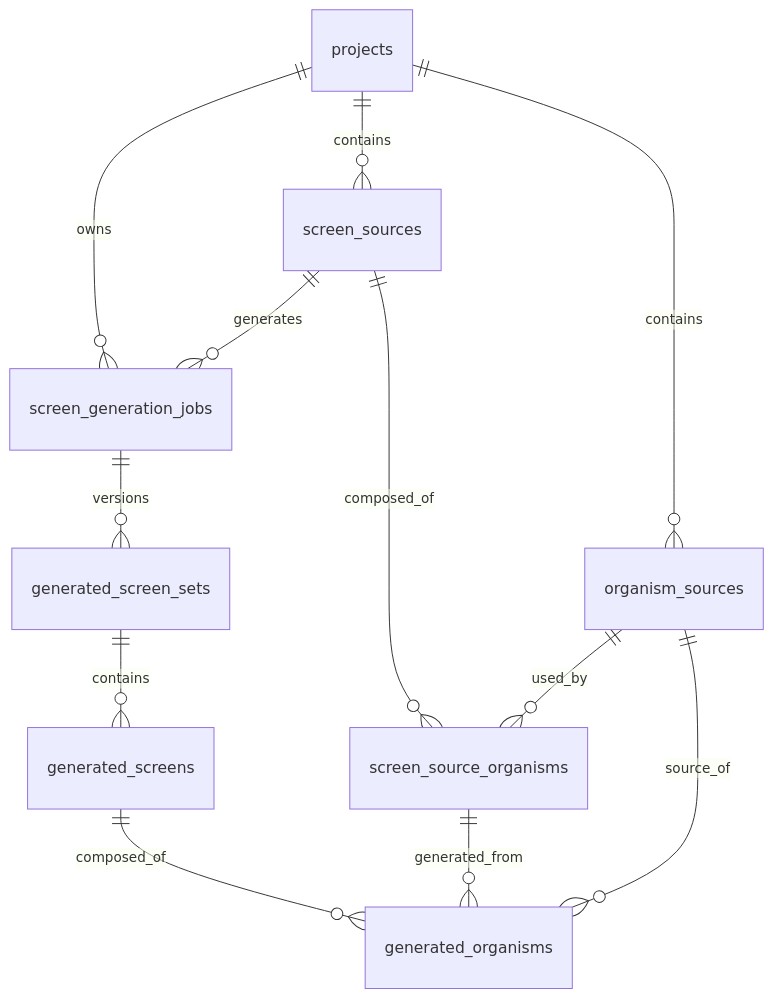
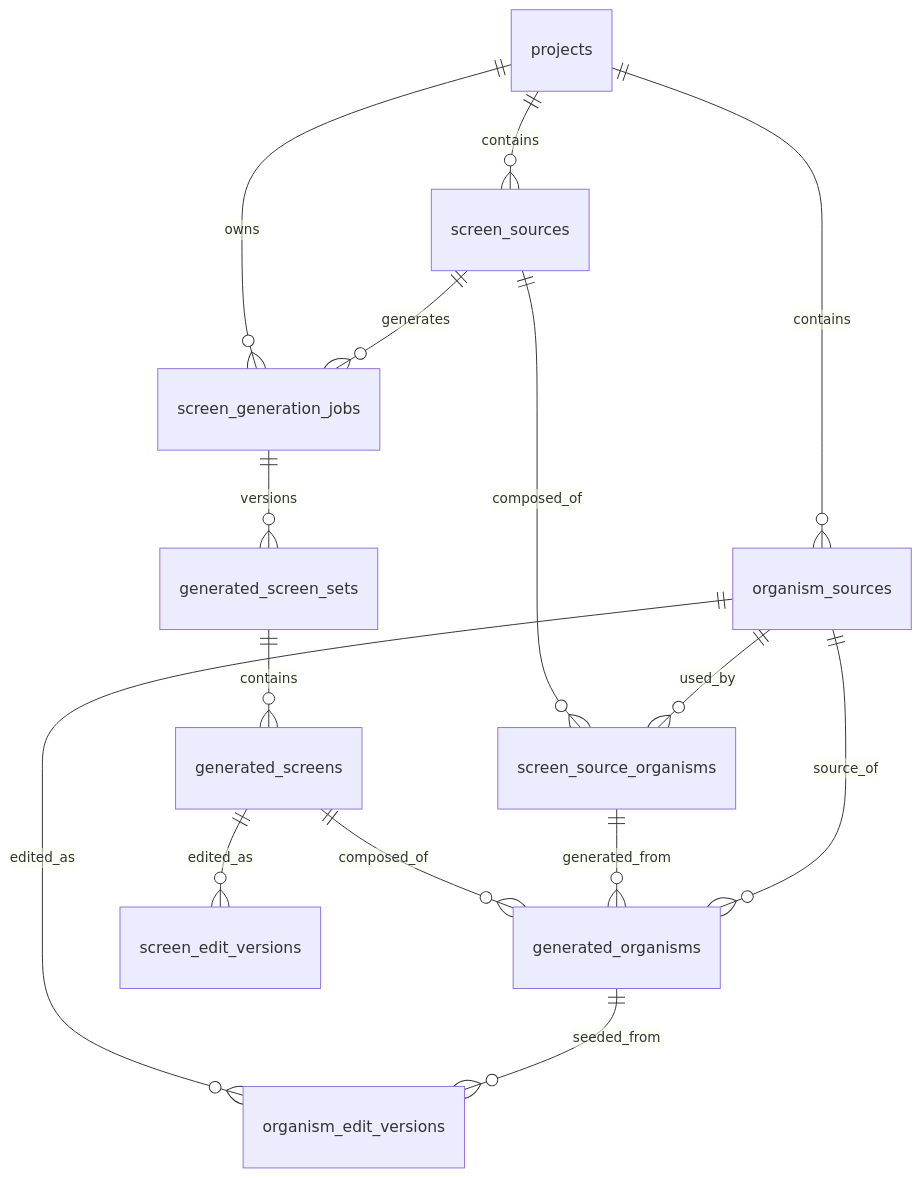
Before and after one commit to ewoooo/rnd-wireframer: the diagram in docs/development/DATA_MAP.md, drawn with Mermaid. The commit also changed other lines of this file and 132 other files, not shown here.

````diff
--- a/docs/development/DATA_MAP.md
+++ b/docs/development/DATA_MAP.md
@@ -50,16 +93,19 @@
 ```mermaid
 erDiagram
   projects ||--o{ screen_sources : contains
   projects ||--o{ organism_sources : contains
   projects ||--o{ screen_generation_jobs : owns
 
   screen_sources ||--o{ screen_source_organisms : composed_of
   organism_sources ||--o{ screen_source_organisms : used_by
 
   screen_sources ||--o{ screen_generation_jobs : generates
   screen_generation_jobs ||--o{ generated_screen_sets : versions
   generated_screen_sets ||--o{ generated_screens : contains
   generated_screens ||--o{ generated_organisms : composed_of
+  generated_screens ||--o{ screen_edit_versions : edited_as
   screen_source_organisms ||--o{ generated_organisms : generated_from
   organism_sources ||--o{ generated_organisms : source_of
+  organism_sources ||--o{ organism_edit_versions : edited_as
+  generated_organisms ||--o{ organism_edit_versions : seeded_from
 ```
````
